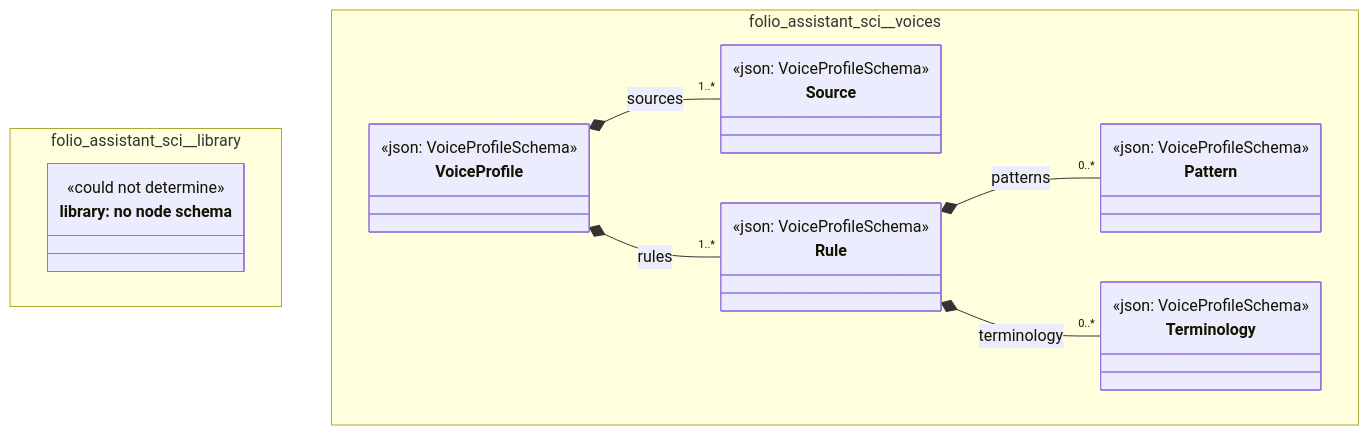
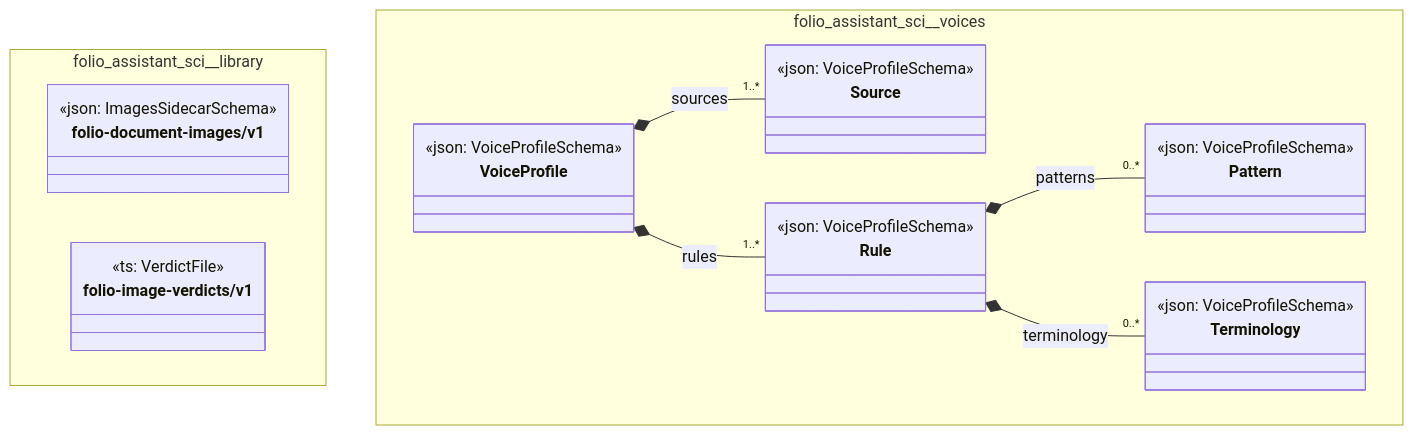
The diagram in cat-harness/docs/uml/overview/folio-assistant-sci.md (litlfred/folio-assistant), drawn with Mermaid before and after one commit. The commit also changed other lines of this file and 220 other files, not shown here.

First line of the commit message:
quda: register node schemas for the graph kinds that had none

````diff
--- a/cat-harness/docs/uml/overview/folio-assistant-sci.md
+++ b/cat-harness/docs/uml/overview/folio-assistant-sci.md
@@ -12,37 +12,40 @@
 ```mermaid
 classDiagram
   direction TB
   namespace folio_assistant_sci__library {
-    class n_folio_assistant_sci_library_library["library: no node schema"] {
-      <<could not determine>>
+    class folio_assistant_sci_library_folio_document_images_v1_folio_document_images_v1["folio-document-images/v1"] {
+      <<json: ImagesSidecarSchema>>
+    }
+    class folio_assistant_sci_library_folio_image_verdicts_v1["folio-image-verdicts/v1"] {
+      <<ts: VerdictFile>>
     }
   }
   namespace folio_assistant_sci__voices {
     class folio_assistant_sci_voices_Source["Source"] {
       <<json: VoiceProfileSchema>>
     }
     class folio_assistant_sci_voices_Pattern["Pattern"] {
       <<json: VoiceProfileSchema>>
     }
     class folio_assistant_sci_voices_Terminology["Terminology"] {
       <<json: VoiceProfileSchema>>
     }
     class folio_assistant_sci_voices_Rule["Rule"] {
       <<json: VoiceProfileSchema>>
     }
     class folio_assistant_sci_voices_VoiceProfile["VoiceProfile"] {
       <<json: VoiceProfileSchema>>
     }
   }
-  cssClass "n_folio_assistant_sci_library_library" fa_uml_kind_library
-  cssClass "n_folio_assistant_sci_library_library" fa_uml_undetermined
+  cssClass "folio_assistant_sci_library_folio_document_images_v1_folio_document_images_v1" fa_uml_kind_library
+  cssClass "folio_assistant_sci_library_folio_image_verdicts_v1" fa_uml_kind_library
   folio_assistant_sci_voices_VoiceProfile *-- "1..*" folio_assistant_sci_voices_Source : sources
   folio_assistant_sci_voices_Rule *-- "0..*" folio_assistant_sci_voices_Pattern : patterns
   folio_assistant_sci_voices_Rule *-- "0..*" folio_assistant_sci_voices_Terminology : terminology
   folio_assistant_sci_voices_VoiceProfile *-- "1..*" folio_assistant_sci_voices_Rule : rules
   cssClass "folio_assistant_sci_voices_Source" fa_uml_kind_voices
   cssClass "folio_assistant_sci_voices_Pattern" fa_uml_kind_voices
   cssClass "folio_assistant_sci_voices_Terminology" fa_uml_kind_voices
   cssClass "folio_assistant_sci_voices_Rule" fa_uml_kind_voices
   cssClass "folio_assistant_sci_voices_VoiceProfile" fa_uml_kind_voices
 ```
````
